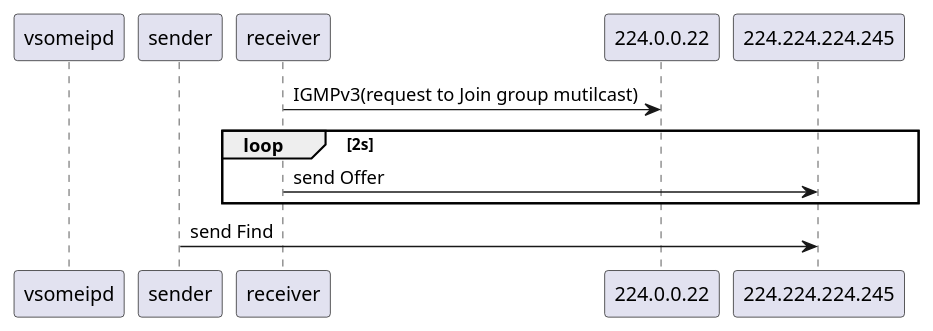
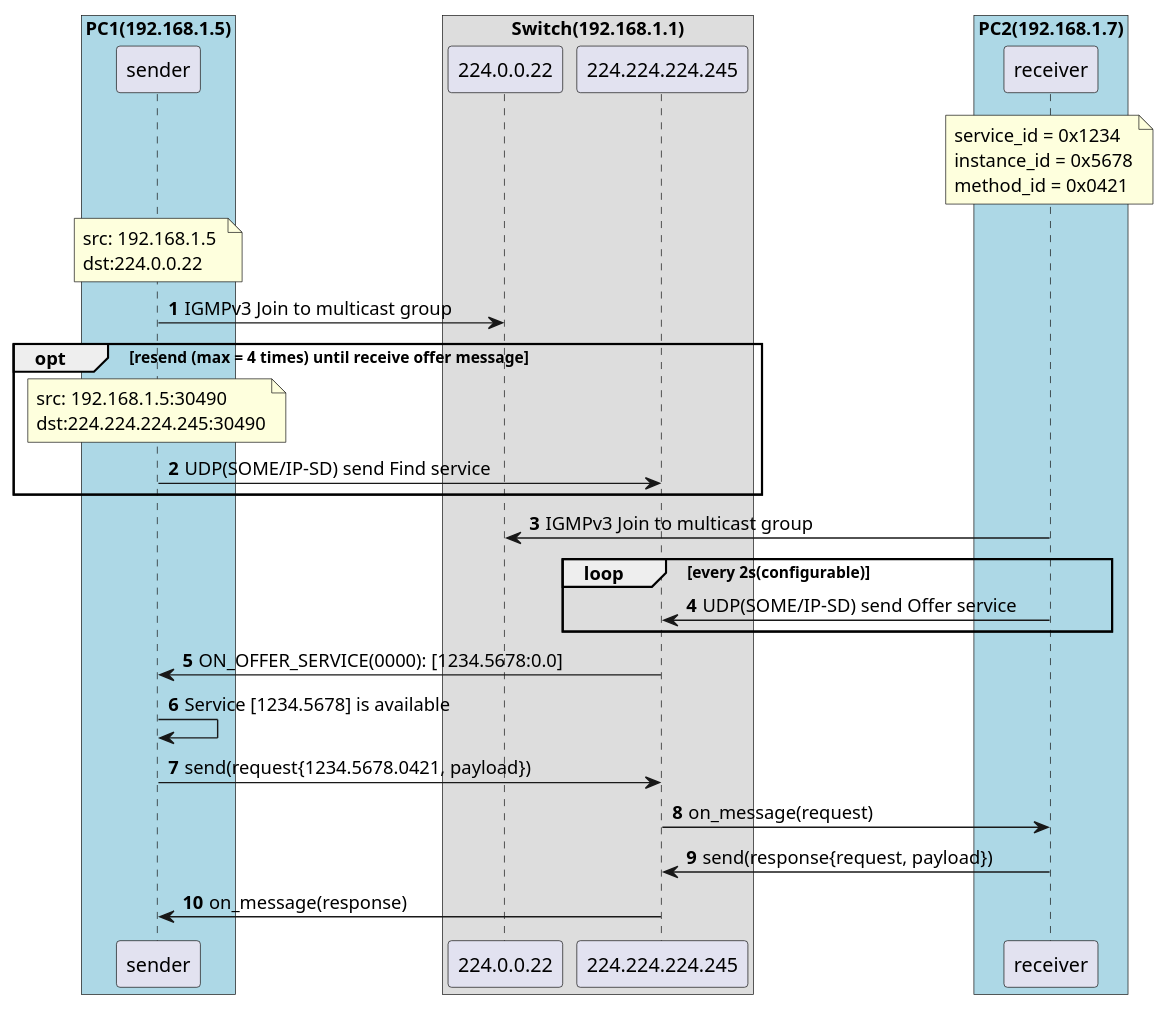
The diagram in doc/design/OverView.puml (minhthedt/vsomeip-example), drawn with PlantUML before and after one commit. The commit also changed 2 other files, not shown here.

```diff
--- a/doc/design/OverView.puml
+++ b/doc/design/OverView.puml
@@ -1,15 +1,34 @@
 @startuml
-participant vsomeipd as vsomeip_daemon
-participant sender as client1
-participant receiver as client2
-participant "224.0.0.22" as enss
-participant "224.224.224.245" as discovery
+autonumber
+box "PC1(192.168.1.5)" #LightBlue
+participant "sender" as client1
+end box
+box "Switch(192.168.1.1)"
+participant "224.0.0.22" as router_igmp
+participant "224.224.224.245" as rounter_mutilcast
+end box
 
-client2->enss: IGMPv3(request to Join group mutilcast)
-loop 2s
-client2->discovery: send Offer
+box "PC2(192.168.1.7)" #LightBlue
+participant "receiver" as client2
+
+end box
+note over client2: service_id = 0x1234\ninstance_id = 0x5678\nmethod_id = 0x0421
+note over client1: src: 192.168.1.5 \ndst:224.0.0.22
+client1->router_igmp: IGMPv3 Join to multicast group
+
+opt resend (max = 4 times) until receive offer message
+note over client1: src: 192.168.1.5:30490 \ndst:224.224.224.245:30490
+client1->rounter_mutilcast: UDP(SOME/IP-SD) send Find service
+end
+client2->router_igmp: IGMPv3 Join to multicast group
+loop every 2s(configurable)
+client2->rounter_mutilcast: UDP(SOME/IP-SD) send Offer service
 end
 
-client1->discovery: send Find
-
+rounter_mutilcast->client1: ON_OFFER_SERVICE(0000): [1234.5678:0.0]
+client1->client1: Service [1234.5678] is available
+client1->rounter_mutilcast: send(request{1234.5678.0421, payload})
+rounter_mutilcast->client2: on_message(request)
+client2->rounter_mutilcast: send(response{request, payload})
+rounter_mutilcast->client1: on_message(response)
 @enduml
```
